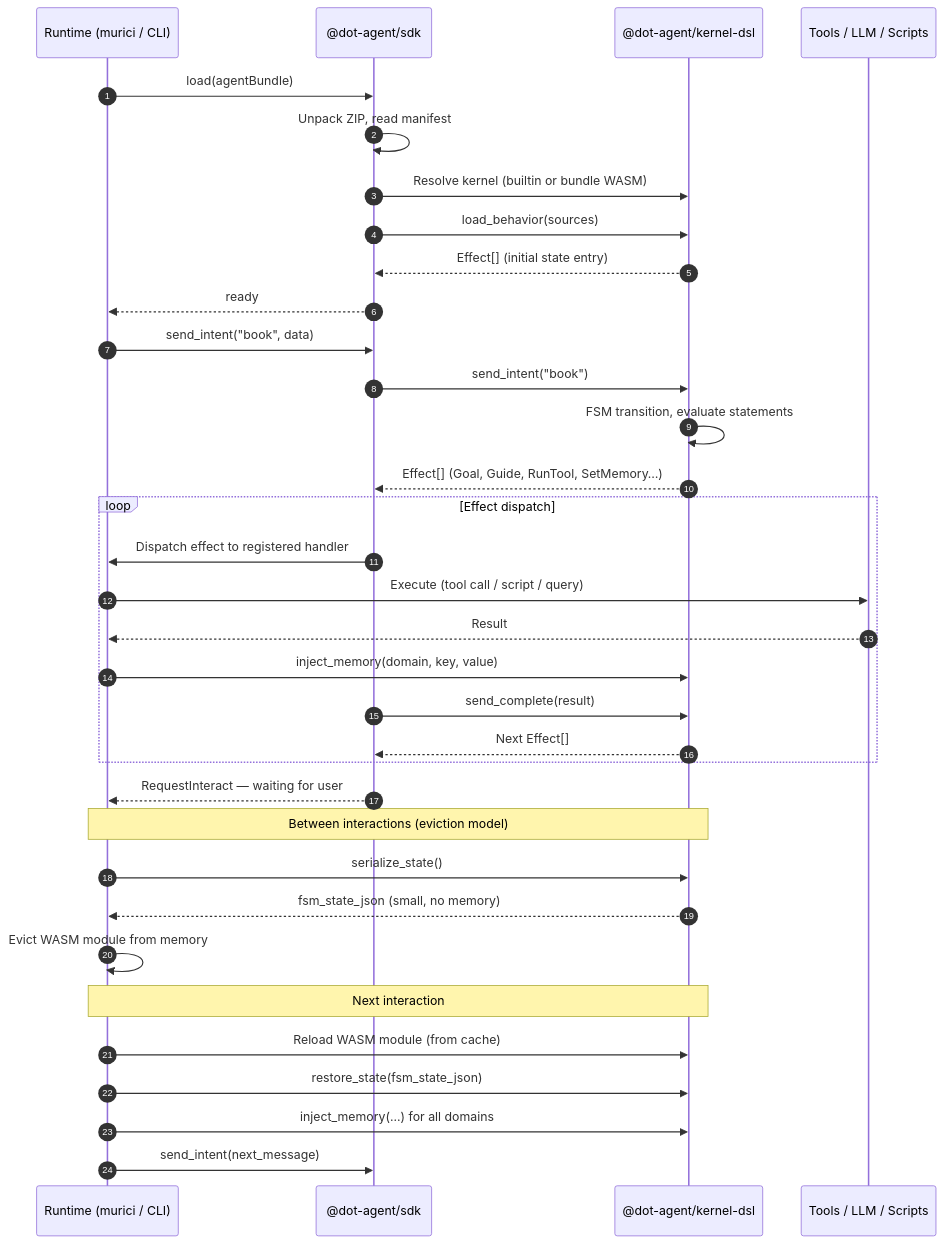
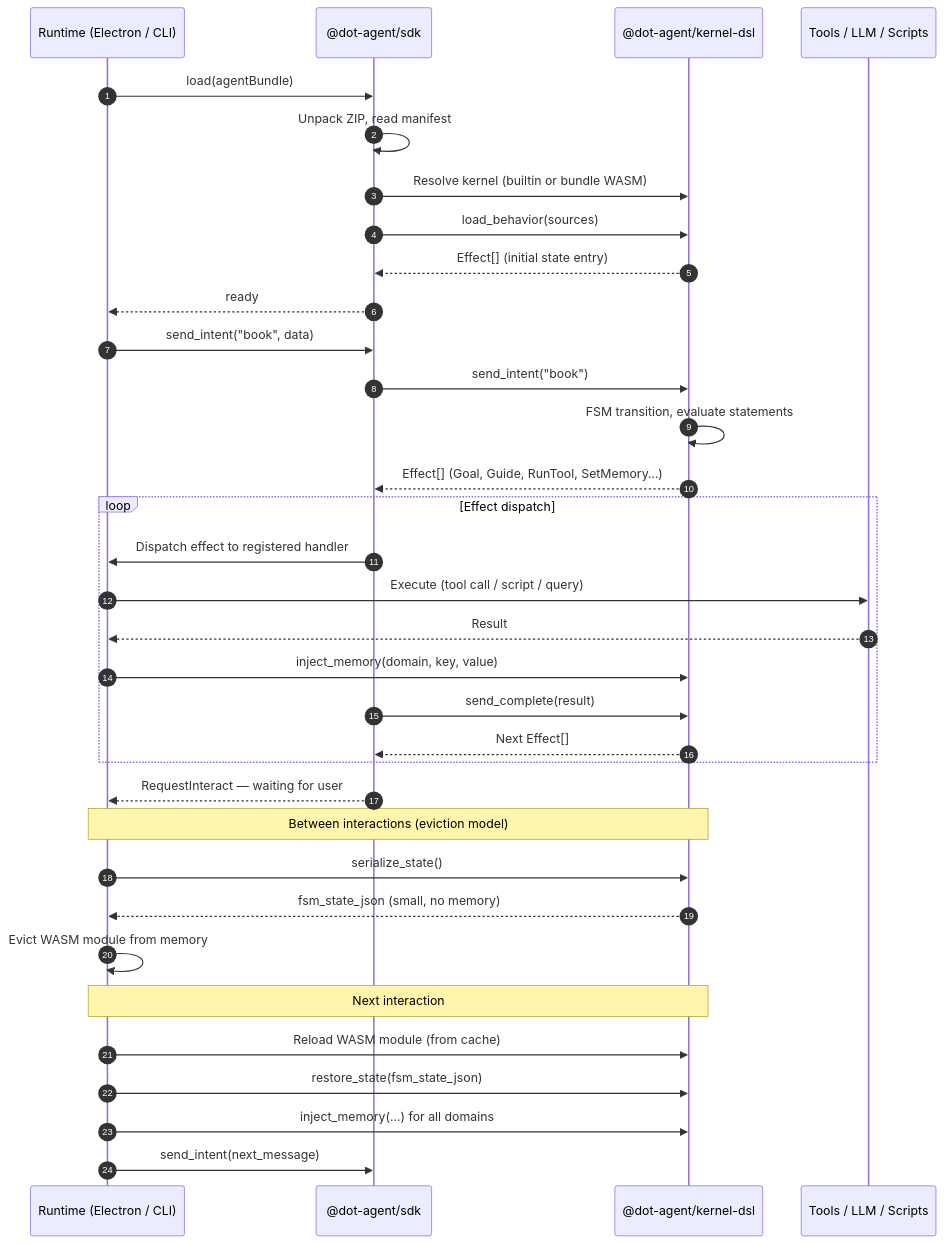
The third of 3 diagrams in docs/explanation/architecture/map.md (dot-agent-spec/platform), drawn with Mermaid before and after one commit. The commit also changed other lines of this file, not shown here.

First line of the commit message:
docs: generalize runtime references to a neutral 'reference runtime'

````diff
--- a/docs/explanation/architecture/map.md
+++ b/docs/explanation/architecture/map.md
@@ -169,42 +169,42 @@
 ```mermaid
 sequenceDiagram
     autonumber
-    participant Runtime as Runtime (murici / CLI)
+    participant Runtime as Runtime (Electron / CLI)
     participant SDK as @dot-agent/sdk
     participant Kernel as @dot-agent/kernel-dsl
     participant Ext as Tools / LLM / Scripts
 
     Runtime->>SDK: load(agentBundle)
     SDK->>SDK: Unpack ZIP, read manifest
     SDK->>Kernel: Resolve kernel (builtin or bundle WASM)
     SDK->>Kernel: load_behavior(sources)
     Kernel-->>SDK: Effect[] (initial state entry)
     SDK-->>Runtime: ready
 
     Runtime->>SDK: send_intent("book", data)
     SDK->>Kernel: send_intent("book")
     Kernel->>Kernel: FSM transition, evaluate statements
     Kernel-->>SDK: Effect[] (Goal, Guide, RunTool, SetMemory…)
 
     loop Effect dispatch
         SDK->>Runtime: Dispatch effect to registered handler
         Runtime->>Ext: Execute (tool call / script / query)
         Ext-->>Runtime: Result
         Runtime->>Kernel: inject_memory(domain, key, value)
         SDK->>Kernel: send_complete(result)
         Kernel-->>SDK: Next Effect[]
     end
 
     SDK-->>Runtime: RequestInteract — waiting for user
 
     Note over Runtime, Kernel: Between interactions (eviction model)
     Runtime->>Kernel: serialize_state()
     Kernel-->>Runtime: fsm_state_json (small, no memory)
     Runtime->>Runtime: Evict WASM module from memory
 
     Note over Runtime, Kernel: Next interaction
     Runtime->>Kernel: Reload WASM module (from cache)
     Runtime->>Kernel: restore_state(fsm_state_json)
     Runtime->>Kernel: inject_memory(...) for all domains
     Runtime->>SDK: send_intent(next_message)
 ```
````
